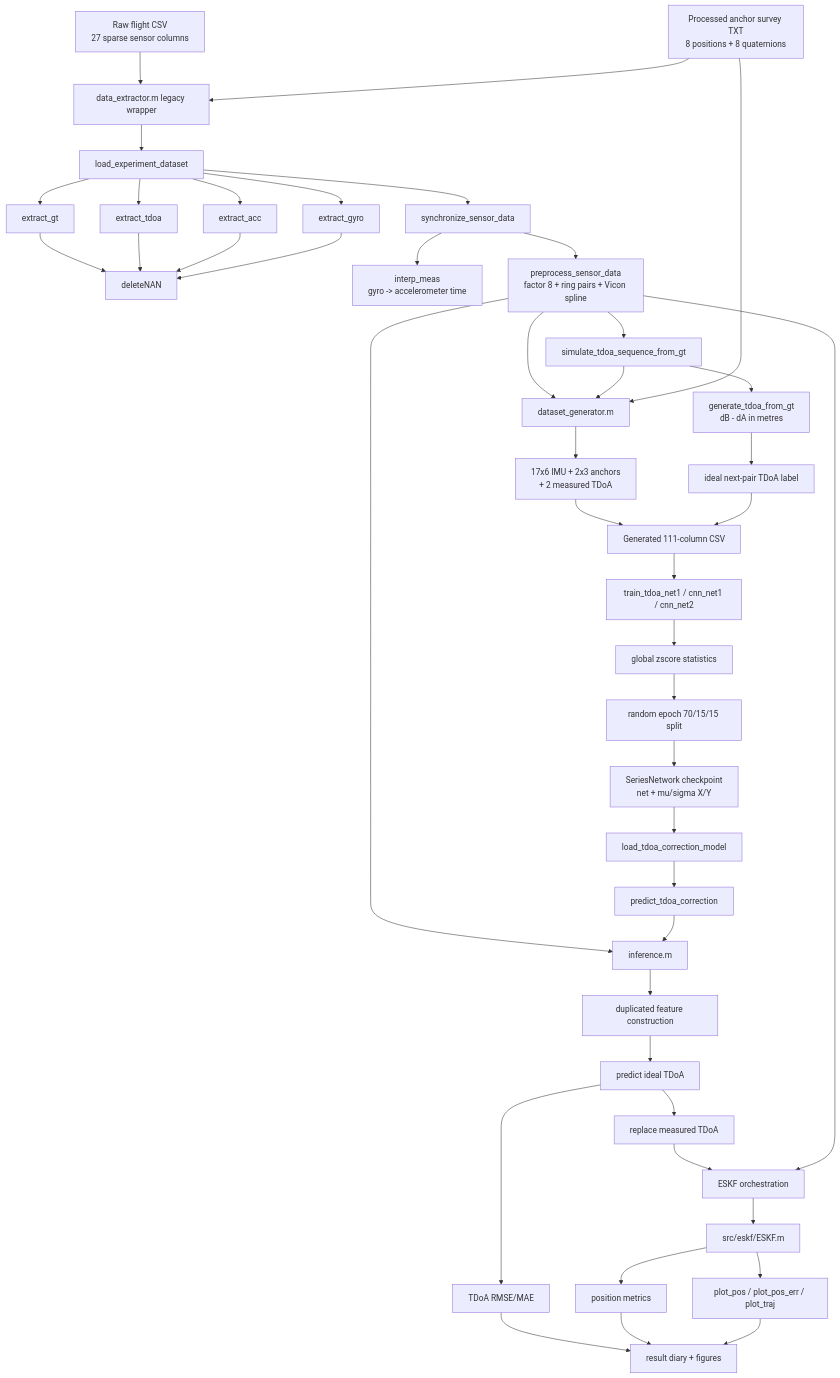
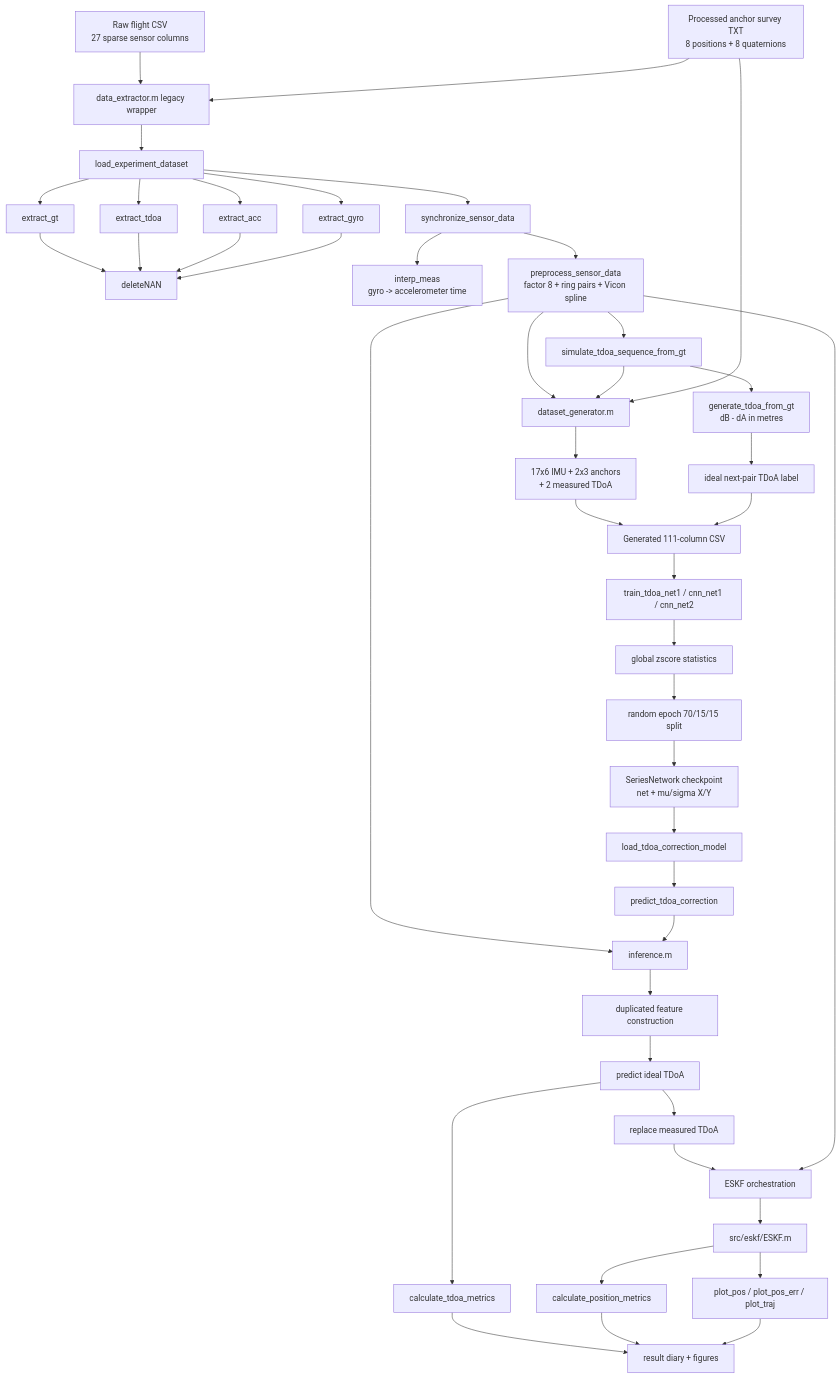
Before and after one commit to aria-joozani/uwb_imu_data_fusion_nn: the first of 4 diagrams in docs/dependency_map.md, drawn with Mermaid. The commit also changed 21 other files, not shown here.

````diff
--- a/docs/dependency_map.md
+++ b/docs/dependency_map.md
@@ -5,52 +5,52 @@
 ```mermaid
 flowchart TD
     RAW[Raw flight CSV<br/>27 sparse sensor columns]
     SURVEY[Processed anchor survey TXT<br/>8 positions + 8 quaternions]
 
     RAW --> EX[data_extractor.m legacy wrapper]
     SURVEY --> EX
     EX --> LOAD[load_experiment_dataset]
     LOAD --> EGT[extract_gt]
     LOAD --> ET[extract_tdoa]
     LOAD --> EA[extract_acc]
     LOAD --> EG[extract_gyro]
     EGT --> DN[deleteNAN]
     ET --> DN
     EA --> DN
     EG --> DN
     LOAD --> SYNC[synchronize_sensor_data]
     SYNC --> IM[interp_meas<br/>gyro -> accelerometer time]
     SYNC --> PRE[preprocess_sensor_data<br/>factor 8 + ring pairs + Vicon spline]
     PRE --> SIM[simulate_tdoa_sequence_from_gt]
     SIM --> GTF[generate_tdoa_from_gt<br/>dB - dA in metres]
 
     PRE --> GEN[dataset_generator.m]
     SIM --> GEN
     SURVEY --> GEN
     GEN --> FEAT[17x6 IMU + 2x3 anchors<br/>+ 2 measured TDoA]
     GTF --> LABEL[ideal next-pair TDoA label]
     FEAT --> NNCSV[Generated 111-column CSV]
     LABEL --> NNCSV
 
     NNCSV --> TRAIN[train_tdoa_net1 / cnn_net1 / cnn_net2]
     TRAIN --> NORM[global zscore statistics]
     NORM --> SPLIT[random epoch 70/15/15 split]
     SPLIT --> CKPT[SeriesNetwork checkpoint<br/>net + mu/sigma X/Y]
 
     PRE --> INF[inference.m]
     CKPT --> MLOAD[load_tdoa_correction_model]
     MLOAD --> MPRED[predict_tdoa_correction]
     MPRED --> INF
     INF --> IFEAT[duplicated feature construction]
     IFEAT --> PRED[predict ideal TDoA]
-    PRED --> TMET[TDoA RMSE/MAE]
+    PRED --> TMET[calculate_tdoa_metrics]
     PRED --> ENH[replace measured TDoA]
     ENH --> ERUN[ESKF orchestration]
     PRE --> ERUN
     ERUN --> ECLASS[src/eskf/ESKF.m]
-    ECLASS --> PMET[position metrics]
+    ECLASS --> PMET[calculate_position_metrics]
     ECLASS --> PLOT[plot_pos / plot_pos_err / plot_traj]
     TMET --> LOG[result diary + figures]
     PMET --> LOG
     PLOT --> LOG
 ```
````
